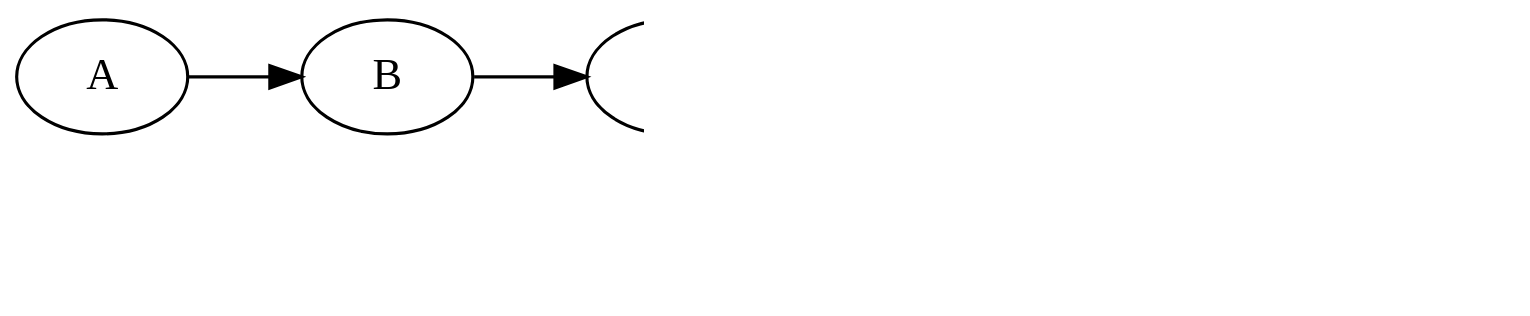
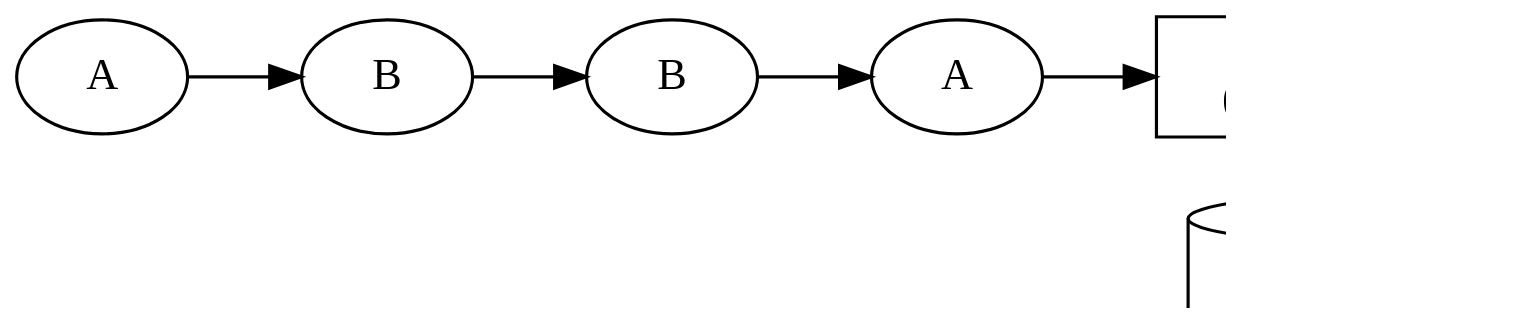
Before and after one commit to inponomarev/kstreams-testing-pitfalls: the eighth of 23 diagrams in slides/src/main/asciidoc/lecture.adoc, drawn with Graphviz. The commit also changed other lines of this file, not shown here.

```diff
--- a/slides/src/main/asciidoc/lecture.adoc
+++ b/slides/src/main/asciidoc/lecture.adoc
@@ -356,27 +355,36 @@
 [graphviz,"wrong-topology1.png"]
 ----
 digraph G {
 graph [ dpi = 180 ];
 rankdir="LR";
 A1[label="A"];
 B1[label="B"];
 A2[label="A"];
 B2[label="B"];
 
 A1 -> B1 -> B2 ->A2 ;
 
-A2->Reduce;
+A2->Reduce ;
 
 Reduce[shape=box,label="reduce \n (l, r) → <STOP>"];
 
 Store[shape=cylinder,label=<<table cellspacing="5" cellborder="0"  border="0">
         <tr><td colspan="2">Local Store</td></tr>
         <tr><td> </td><td> </td></tr>
         </table>>];
 
 Reduce->Store;
 
 {rank = same; Store; Reduce; }
 
+#padding with invisible nodes
+Reduce->D1->D2->S1->S2[style="invis"];
+D1[label="A", style="invis"];
+D2[label="A", style="invis"];
+S1[label="<STOP>", style="invis"];
+S2[label="<STOP>", style="invis"];
+
+
+
 }
 ----
```
